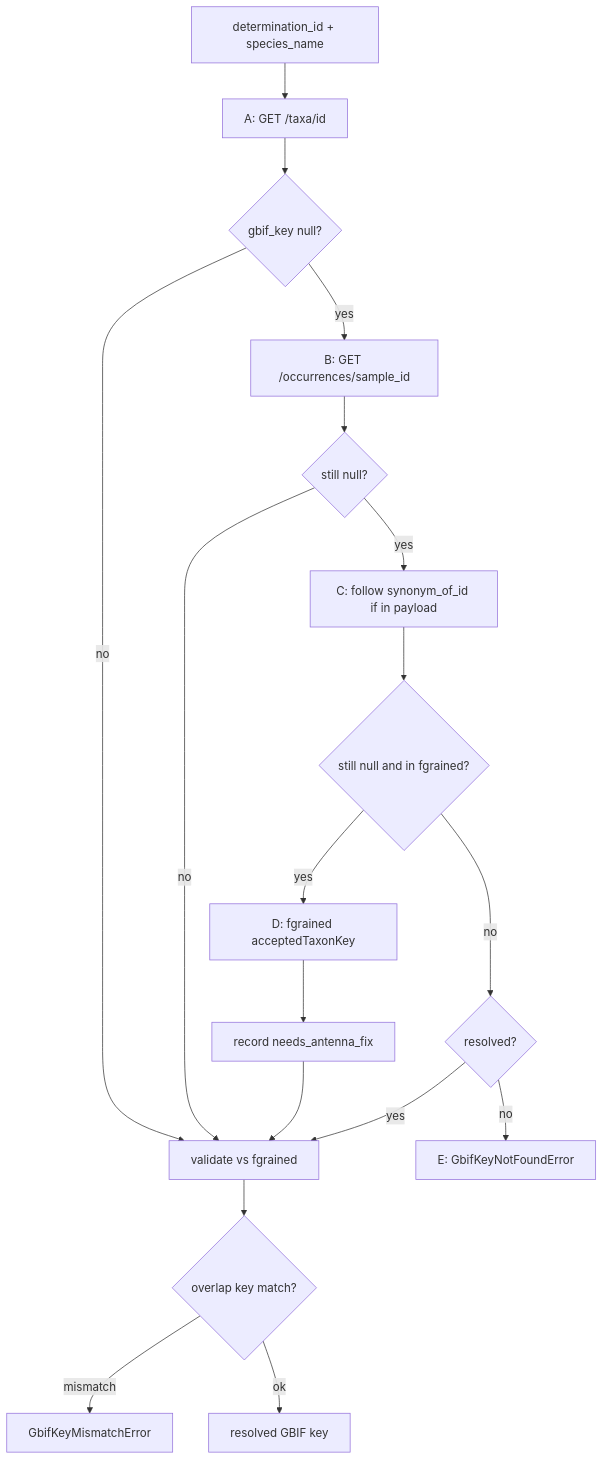
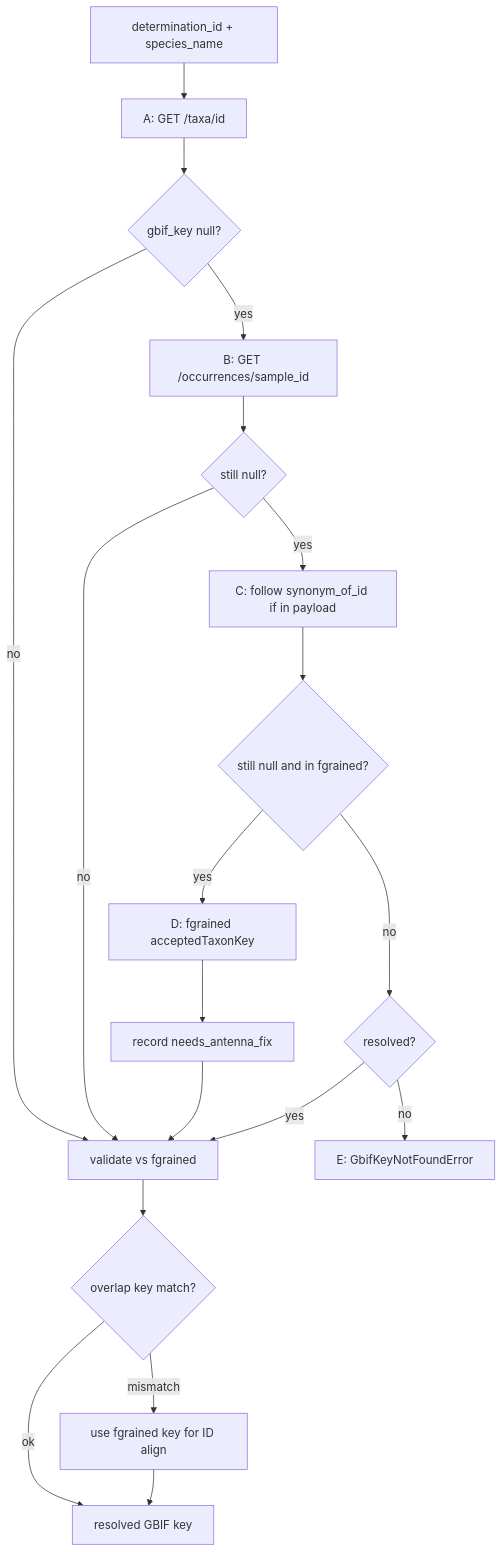
One commit to vanessavmac/ami-ml changed the diagram in research/fine_tuning/README.md. Above: the diagram before and after it, drawn with Mermaid. The commit also changed other lines of this file and 11 other files, not shown here.

Commit message:
Fix paths; align Atlantic keys to fgrained benchmark

````diff
--- a/research/fine_tuning/README.md
+++ b/research/fine_tuning/README.md
@@ -47,20 +47,21 @@
 ```mermaid
 flowchart TD
   start[determination_id + species_name] --> A["A: GET /taxa/id"]
   A --> B{"gbif_key null?"}
   B -->|yes| C["B: GET /occurrences/sample_id"]
   B -->|no| G[validate vs fgrained]
   C --> D{"still null?"}
   D -->|yes| E["C: follow synonym_of_id if in payload"]
   D -->|no| G
   E --> F{"still null and in fgrained?"}
   F -->|yes| H["D: fgrained acceptedTaxonKey"]
   F -->|no| I{resolved?}
   H --> J[record needs_antenna_fix]
   J --> G
   I -->|no| K["E: GbifKeyNotFoundError"]
   I -->|yes| G
   G --> L{"overlap key match?"}
-  L -->|mismatch| M[GbifKeyMismatchError]
+  L -->|mismatch| M["use fgrained key for ID align"]
   L -->|ok| done[resolved GBIF key]
+  M --> done
 ```
````
